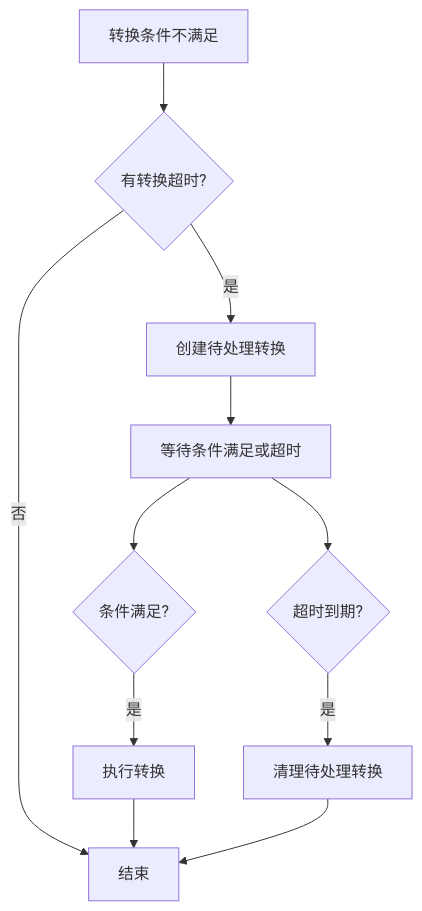
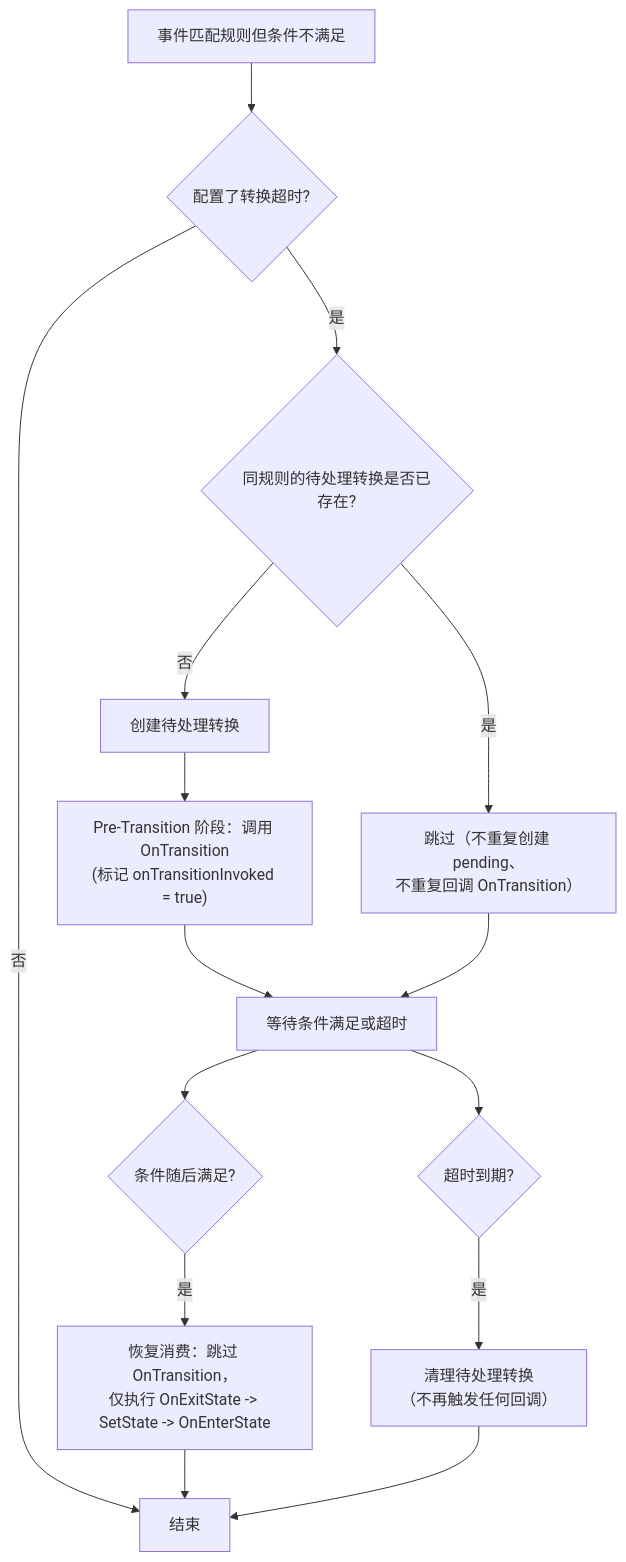
One commit to JUSTLIKEHU/StateMachine_Frame changed the fifth of 6 diagrams in README_CN.md. Above: the diagram before and after it, drawn with Mermaid. The commit also changed other lines of this file and 15 other files, not shown here.

First line of the commit message:
feat(smf): add two-phase OnTransition for pending transitions

````diff
--- a/README_CN.md
+++ b/README_CN.md
@@ -1378,16 +1408,20 @@
 ```mermaid
 graph TD
-    Start["转换条件不满足"] --> CheckTimeout{"有转换超时?"}
-    CheckTimeout -- 是 --> CreatePending["创建待处理转换"]
+    Start["事件匹配规则但条件不满足"] --> CheckTimeout{"配置了转换超时?"}
     CheckTimeout -- 否 --> End[结束]
+    CheckTimeout -- 是 --> Dedup{"同规则的待处理转换是否已存在?"}
+    Dedup -- "是" --> SkipDup["跳过（不重复创建 pending、<br>不重复回调 OnTransition）"]
+    Dedup -- "否" --> CreatePending["创建待处理转换"]
+    CreatePending --> EarlyCb["Pre-Transition 阶段：调用 OnTransition<br>(标记 onTransitionInvoked = true)"]
+    EarlyCb --> WaitCondition["等待条件满足或超时"]
+    SkipDup --> WaitCondition
     
-    CreatePending --> WaitCondition["等待条件满足或超时"]
-    WaitCondition --> ConditionSatisfied{"条件满足?"}
+    WaitCondition --> ConditionSatisfied{"条件随后满足?"}
     WaitCondition --> TimeoutExpired{"超时到期?"}
     
-    ConditionSatisfied -- 是 --> ExecuteTransition["执行转换"]
-    TimeoutExpired -- 是 --> CleanupPending["清理待处理转换"]
+    ConditionSatisfied -- 是 --> Resume["恢复消费：跳过 OnTransition，<br>仅执行 OnExitState -> SetState -> OnEnterState"]
+    TimeoutExpired -- 是 --> CleanupPending["清理待处理转换<br>（不再触发任何回调）"]
     
-    ExecuteTransition --> End
+    Resume --> End
     CleanupPending --> End
 ```
````
